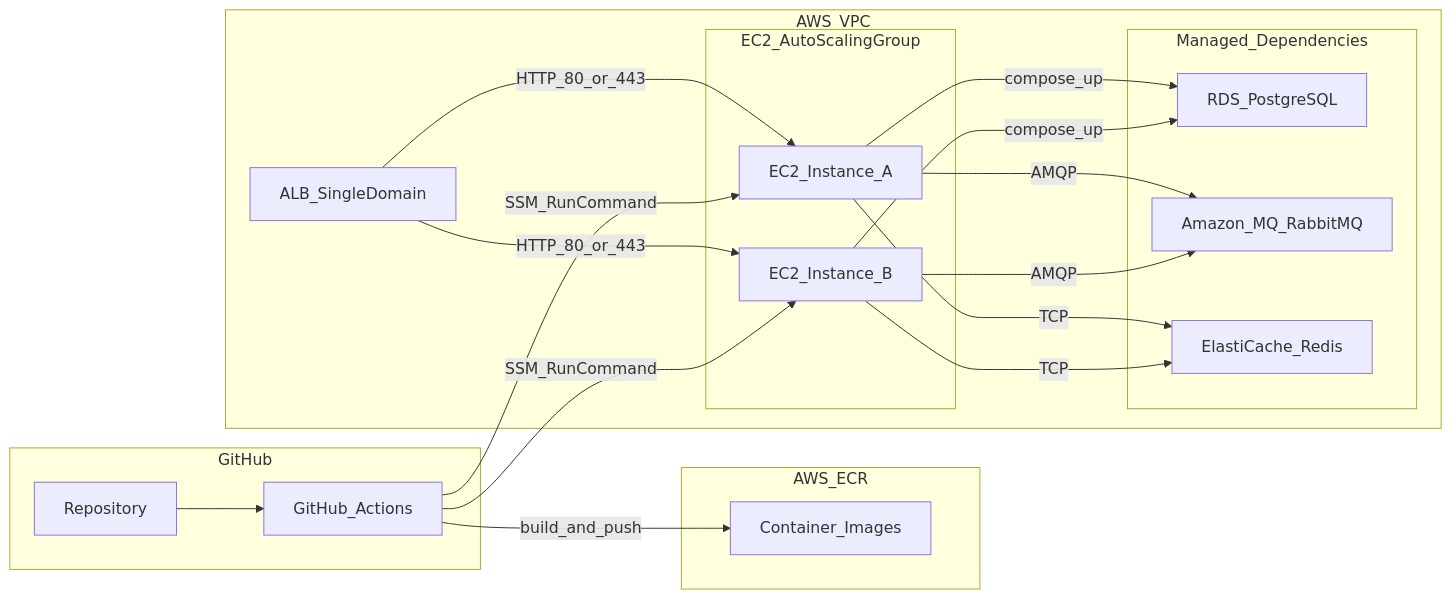
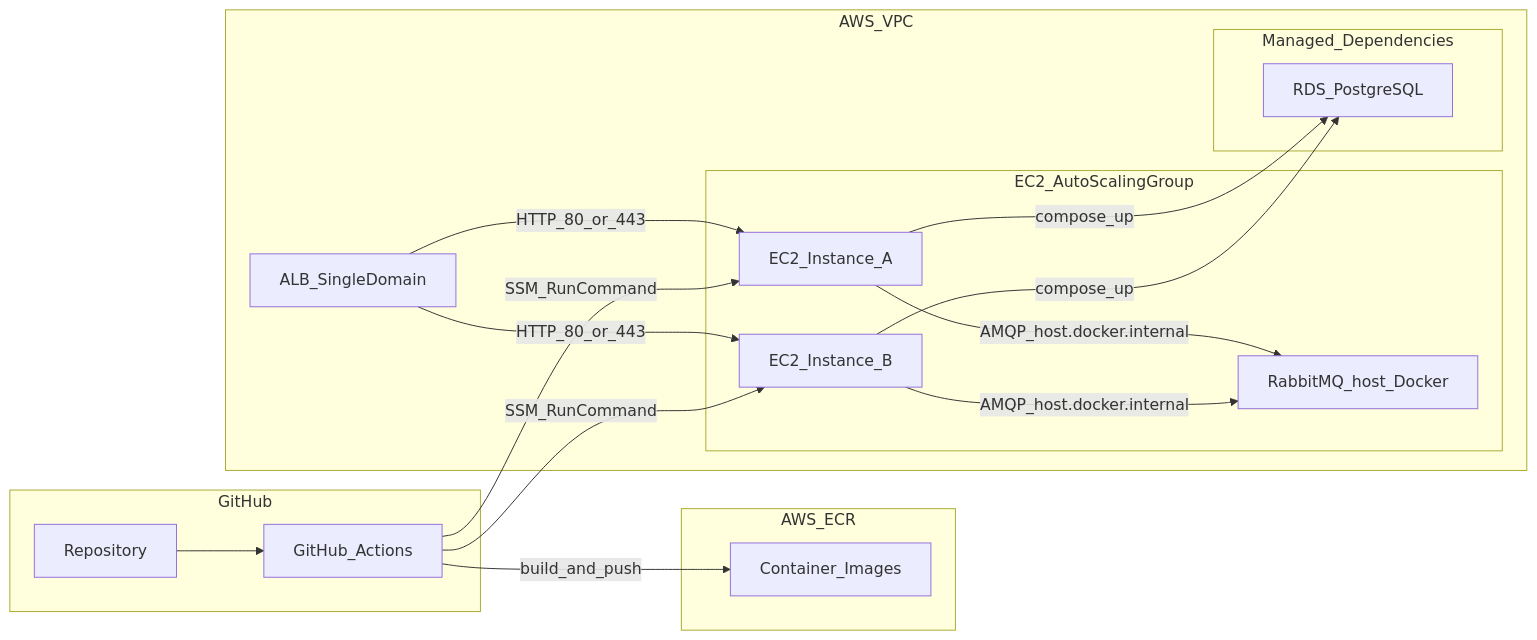
One commit to Zero-Bug-Freinds/ai-api-usage-monitor changed the first of 2 diagrams in .cursor/plans/aws_ec2+compose_cd_d5326d37.plan.md. Above: the diagram before and after it, drawn with Mermaid. The commit also changed other lines of this file and 8 other files, not shown here.

````diff
--- a/.cursor/plans/aws_ec2+compose_cd_d5326d37.plan.md
+++ b/.cursor/plans/aws_ec2+compose_cd_d5326d37.plan.md
@@ -51,43 +51,39 @@
 ```mermaid
 flowchart LR
   subgraph github [GitHub]
     Repo[Repository]
     Actions[GitHub_Actions]
   end
 
   subgraph ecr [AWS_ECR]
     ImgRepo[Container_Images]
   end
 
   subgraph aws [AWS_VPC]
     ALB[ALB_SingleDomain]
 
     subgraph asg [EC2_AutoScalingGroup]
       EC2A[EC2_Instance_A]
       EC2B[EC2_Instance_B]
+      HostMQ[RabbitMQ_host_Docker]
     end
 
     subgraph managed [Managed_Dependencies]
       RDS[RDS_PostgreSQL]
-      MQ[Amazon_MQ_RabbitMQ]
-      Cache[ElastiCache_Redis]
     end
   end
 
   Repo --> Actions
   Actions -->|build_and_push| ImgRepo
 
   ALB -->|HTTP_80_or_443| EC2A
   ALB -->|HTTP_80_or_443| EC2B
 
   EC2A -->|compose_up| RDS
-  EC2A -->|AMQP| MQ
-  EC2A -->|TCP| Cache
-
   EC2B -->|compose_up| RDS
-  EC2B -->|AMQP| MQ
-  EC2B -->|TCP| Cache
+  EC2A -->|AMQP_host.docker.internal| HostMQ
+  EC2B -->|AMQP_host.docker.internal| HostMQ
 
   Actions -->|SSM_RunCommand| EC2A
   Actions -->|SSM_RunCommand| EC2B
 ```
````
